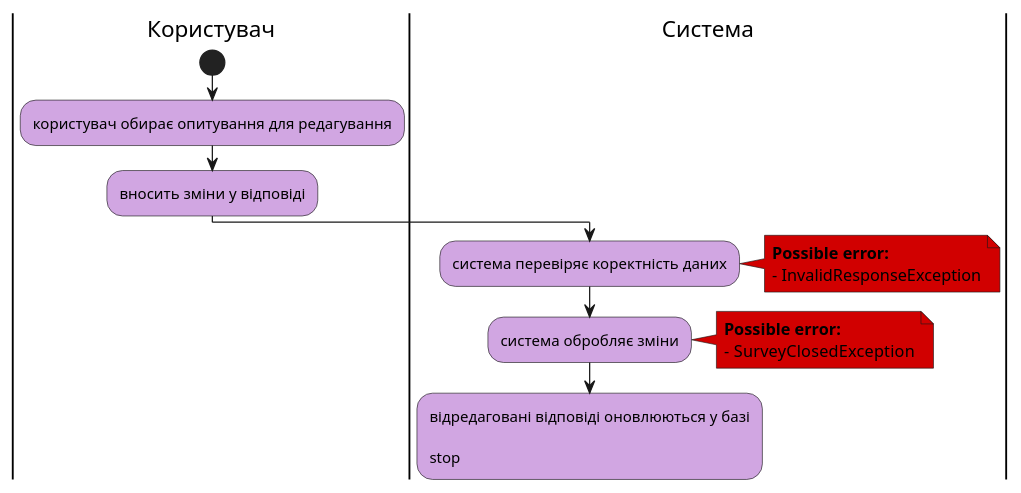
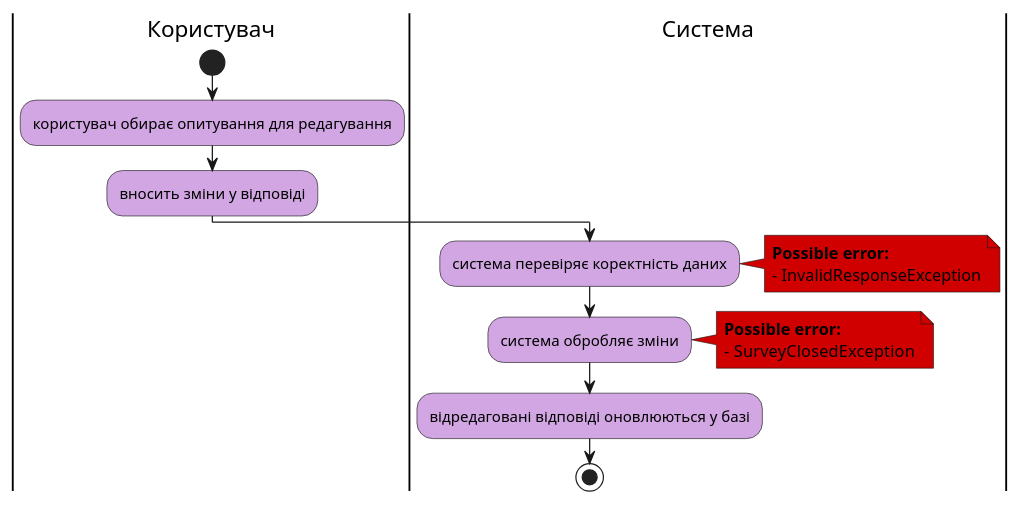
One commit to sunnytea0/db_labs_my changed the sixth of 8 diagrams in docs/use cases/README.md. Above: the diagram before and after it, drawn with PlantUML.

```diff
--- a/docs/use cases/README.md
+++ b/docs/use cases/README.md
@@ -232,28 +232,26 @@
 @startuml
 
     skinparam ActivityBackgroundColor #d1a6e2
 
     |Користувач|
     start;
     :користувач обирає опитування для редагування;
     :вносить зміни у відповіді;
 
 
     |Система|
     :система перевіряє коректність даних;
     note right #D10000
     <b>Possible error:
     - InvalidResponseException
     end note
     :система обробляє зміни;
-
     note right #D10000
     <b>Possible error:
     -  SurveyClosedException
     end note
-
-    :відредаговані відповіді оновлюються у базі
+    :відредаговані відповіді оновлюються у базі;
 
     stop;
 
 @enduml
```
